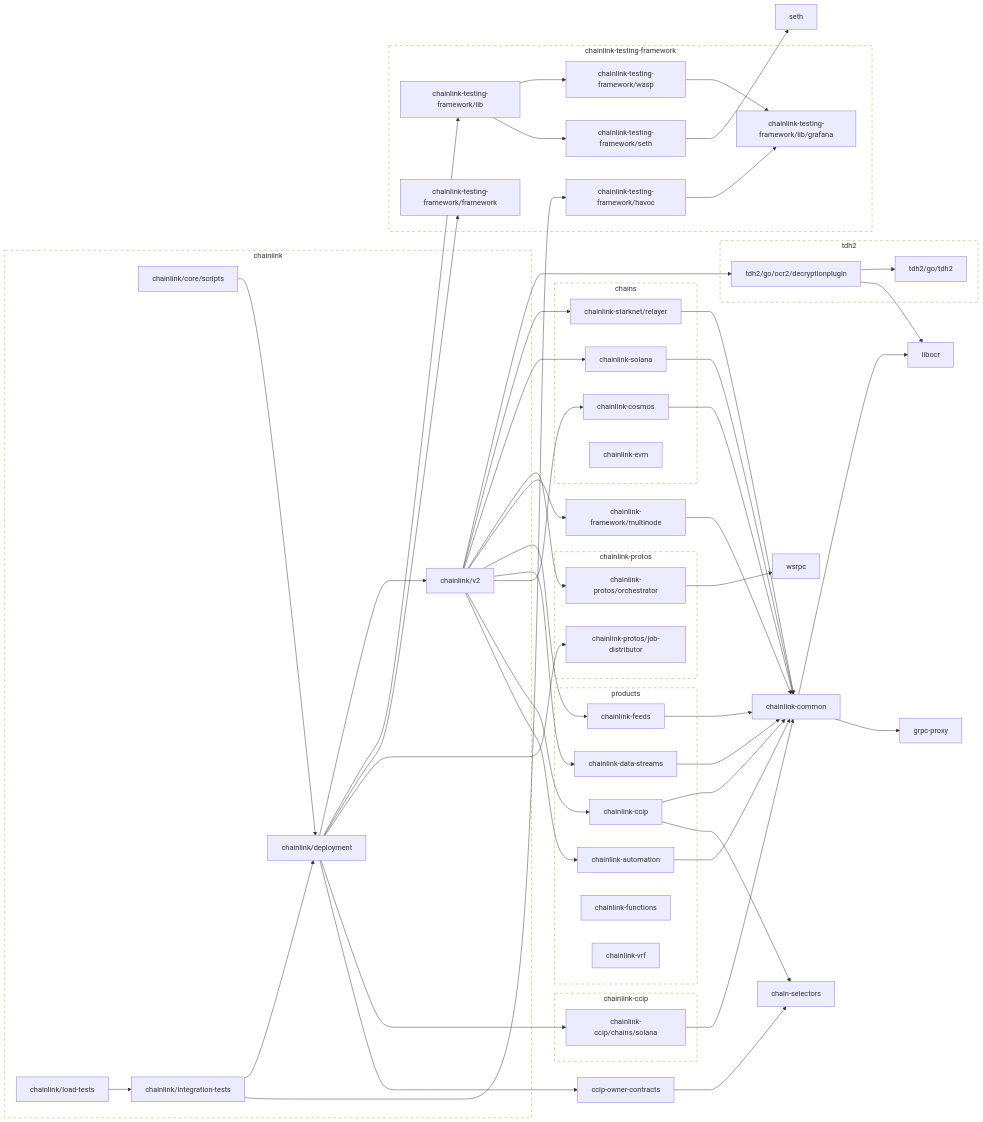
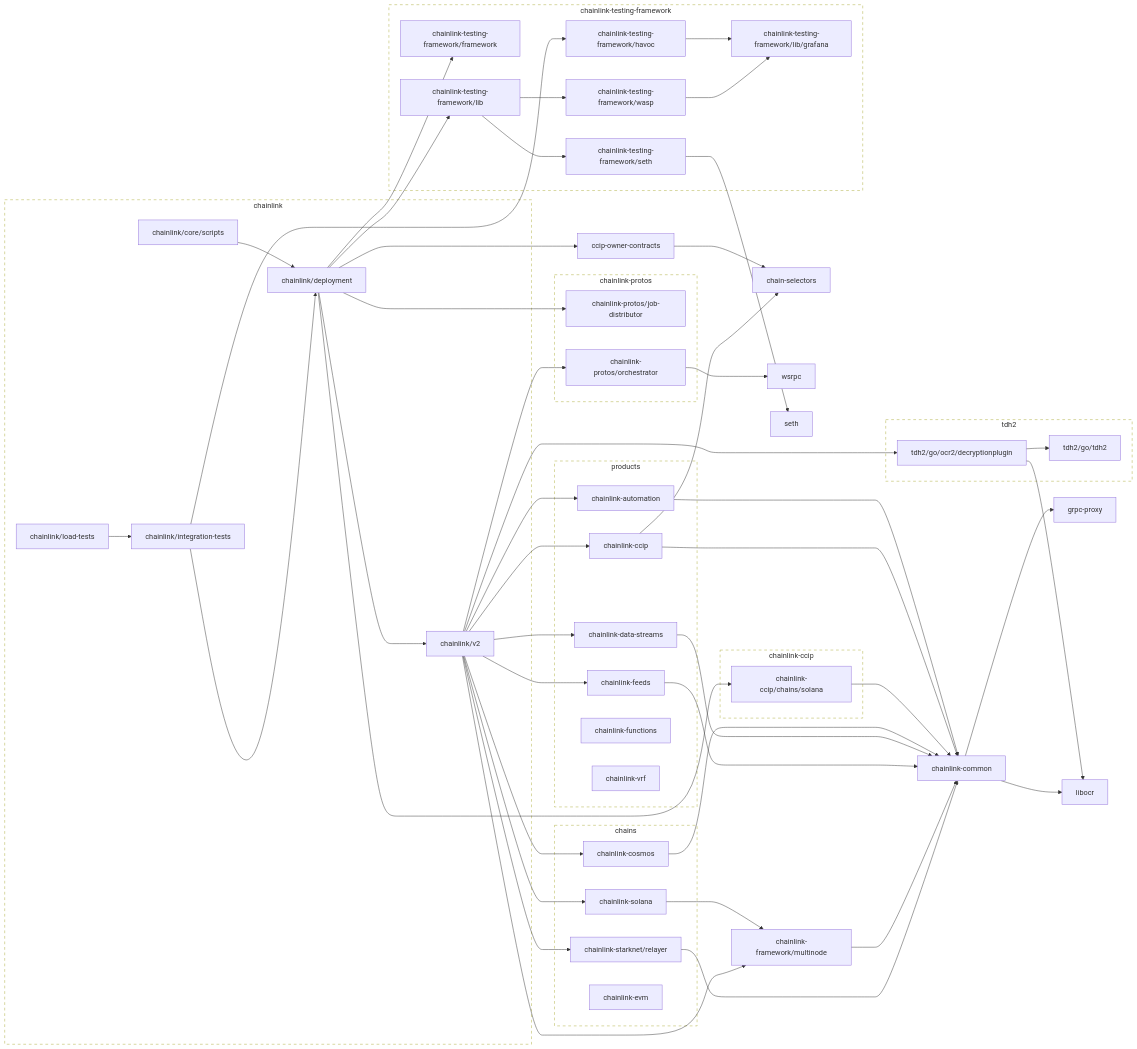
Before and after one commit to JohnDaWalka/chainlink: the second of 2 diagrams in go.md, drawn with Mermaid. The commit also changed other lines of this file and 21 other files, not shown here.

Commit message:
cherry pick solana multinode

```diff
--- a/go.md
+++ b/go.md
@@ -125,7 +125,7 @@
 	click chainlink-protos/job-distributor href "https://github.com/smartcontractkit/chainlink-protos"
 	chainlink-protos/orchestrator --> wsrpc
 	click chainlink-protos/orchestrator href "https://github.com/smartcontractkit/chainlink-protos"
-	chainlink-solana --> chainlink-common
+	chainlink-solana --> chainlink-framework/multinode
 	click chainlink-solana href "https://github.com/smartcontractkit/chainlink-solana"
 	chainlink-starknet/relayer --> chainlink-common
 	click chainlink-starknet/relayer href "https://github.com/smartcontractkit/chainlink-starknet"
```
